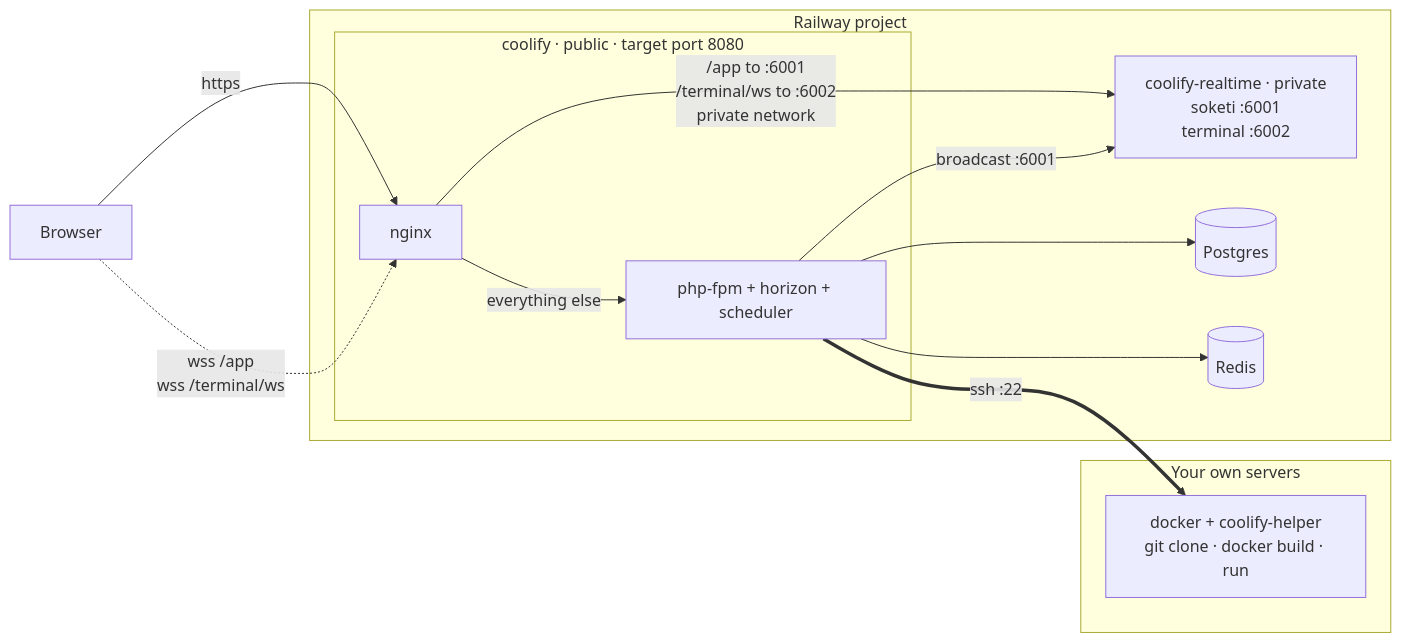
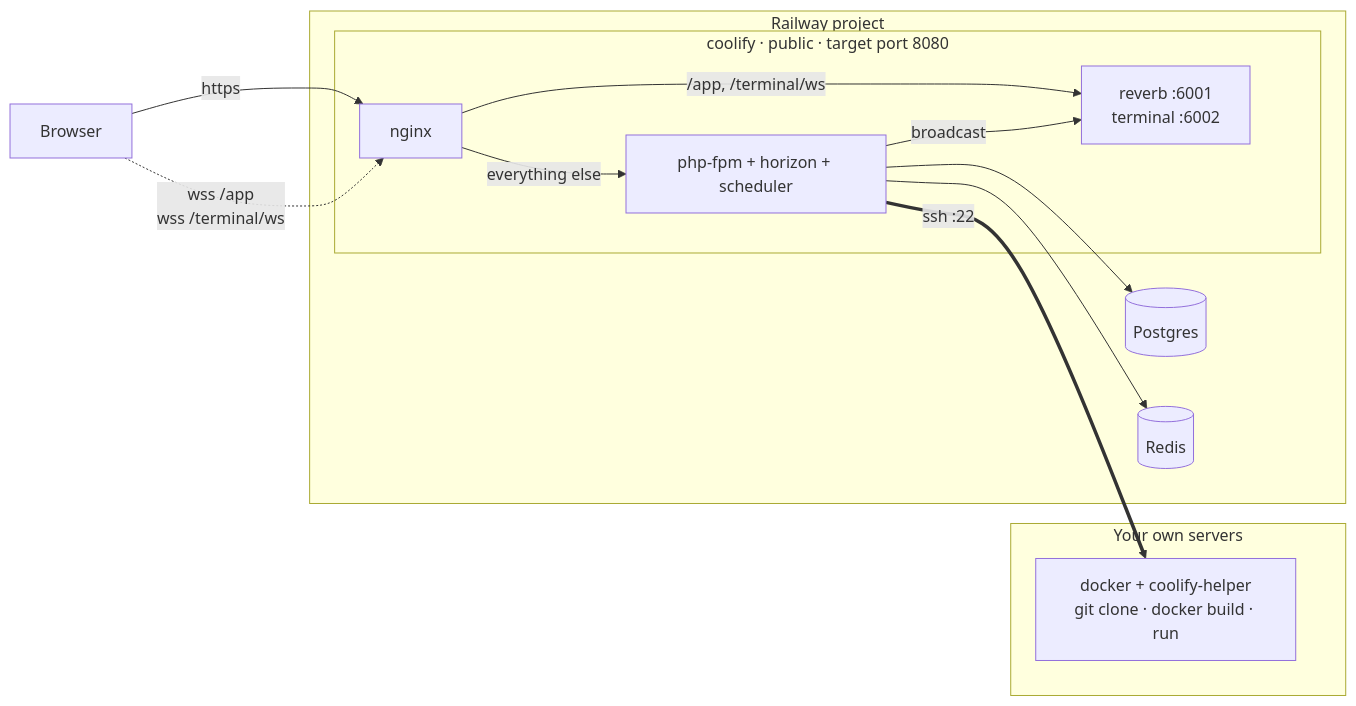
One commit to FournyP/coolify-railway-template changed the diagram in README.md. Above: the diagram before and after it, drawn with Mermaid. The commit also changed other lines of this file and 9 other files, not shown here.

````diff
--- a/README.md
+++ b/README.md
@@ -9,27 +9,27 @@
 ```mermaid
 flowchart LR
     browser["Browser"]
 
     subgraph railway["Railway project"]
         subgraph coolifysvc["coolify · public · target port 8080"]
             nginx["nginx"]
             php["php-fpm + horizon + scheduler"]
+            realtime["reverb :6001<br/>terminal :6002"]
             nginx -- "everything else" --> php
+            nginx -- "/app, /terminal/ws" --> realtime
+            php -- "broadcast" --> realtime
         end
-        realtime["coolify-realtime · private<br/>soketi :6001<br/>terminal :6002"]
         pg[("Postgres")]
         rd[("Redis")]
     end
 
     subgraph yours["Your own servers"]
         helper["docker + coolify-helper<br/>git clone · docker build · run"]
     end
 
     browser -- "https" --> nginx
     browser -. "wss /app<br/>wss /terminal/ws" .-> nginx
-    nginx -- "/app to :6001<br/>/terminal/ws to :6002<br/>private network" --> realtime
     php --> pg
     php --> rd
-    php -- "broadcast :6001" --> realtime
     php == "ssh :22" ==> helper
 ```
````
